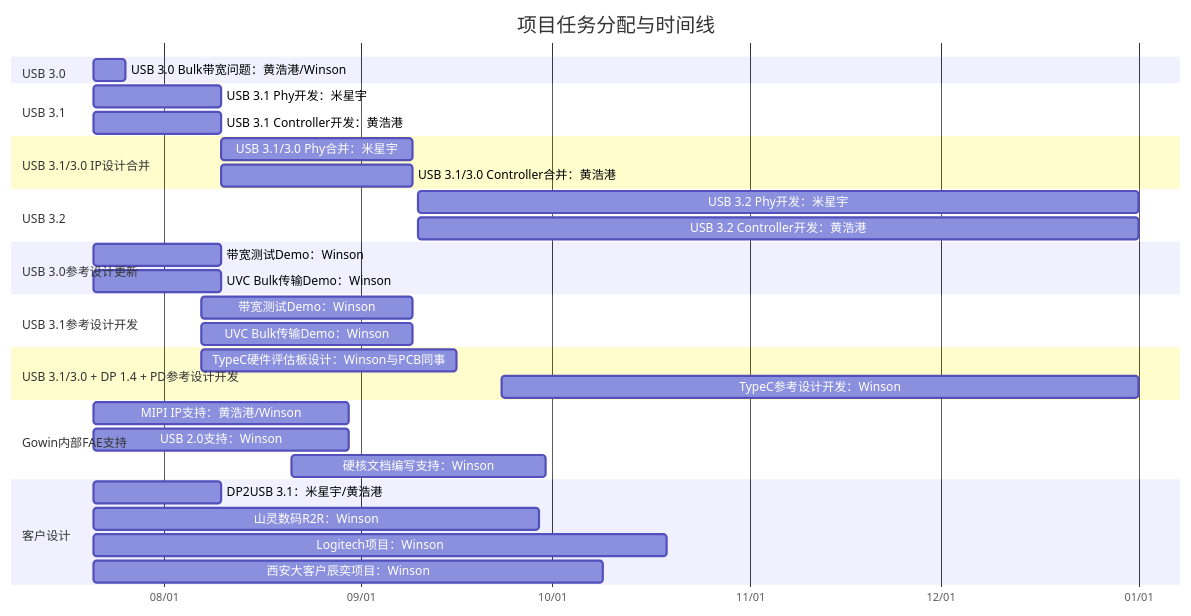
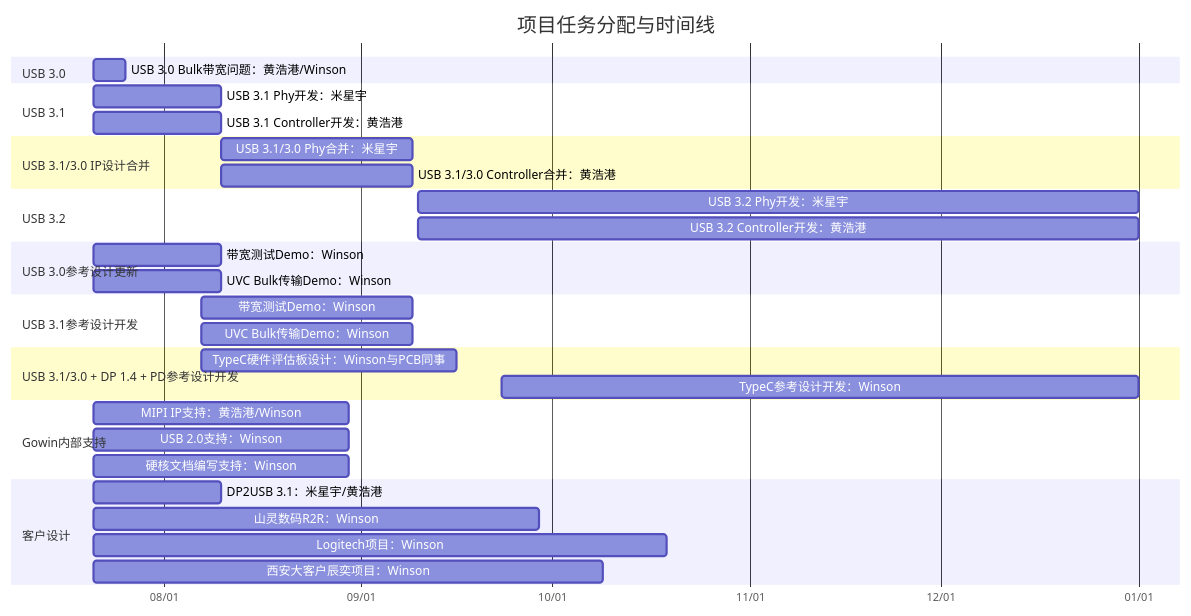
One commit to winsonbook/iodraw-files changed the diagram in all/未命名.md. Above: the diagram before and after it, drawn with Mermaid.

Commit message:
2025-07-21 10:36:25 update

````diff
--- a/all/未命名.md
+++ b/all/未命名.md
@@ -1,44 +1,44 @@
 ```mermaid
 gantt
     title 项目任务分配与时间线
     dateFormat  YYYY-MM-DD
     axisFormat  %m/%d
 
     section USB 3.0
     USB 3.0 Bulk带宽问题：黄浩港/Winson   :    task1, 2025-07-21, 5d
 
     section USB 3.1
     USB 3.1 Phy开发：米星宇      :         task2, 2025-07-21, 20d
     USB 3.1 Controller开发：黄浩港      :  task3, 2025-07-21, 20d
 
     section USB 3.1/3.0 IP设计合并
     USB 3.1/3.0 Phy合并：米星宇       :    task4, 2025-08-10, 30d
     USB 3.1/3.0 Controller合并：黄浩港:    task5, 2025-08-10, 30d
 
     section USB 3.2
     USB 3.2 Phy开发：米星宇      :         task2, 2025-09-10, 113d
     USB 3.2 Controller开发：黄浩港      :  task3, 2025-09-10, 113d
 
     section USB 3.0参考设计更新
     带宽测试Demo：Winson       :         task6, 2025-07-21, 20d
     UVC Bulk传输Demo：Winson   :        task7, 2025-07-21, 20d
 
     section USB 3.1参考设计开发
     带宽测试Demo：Winson       :         task8, 2025-08-07, 33d
     UVC Bulk传输Demo：Winson   :         task9, 2025-08-07, 33d
 
     section USB 3.1/3.0 + DP 1.4 + PD参考设计开发
     TypeC硬件评估板设计：Winson与PCB同事       :         task10, 2025-08-07, 40d
     TypeC参考设计开发：Winson   :         task11, 2025-09-23, 100d
 
-    section Gowin内部FAE支持
+    section Gowin内部支持
     MIPI IP支持：黄浩港/Winson :       task16, 2025-07-21, 40d
     USB 2.0支持：Winson :             task17, 2025-07-21, 40d
-    硬核文档编写支持：Winson :         task18, 2025-08-21, 40d
+    硬核文档编写支持：Winson :         task18, 2025-07-21, 40d
 
     section 客户设计
     DP2USB 3.1：米星宇/黄浩港      :task12, 2025-07-21, 20d
     山灵数码R2R：Winson :             task13, 2025-07-21, 70d
     Logitech项目：Winson :            task14, 2025-07-21, 90d
     西安大客户辰奕项目：Winson :       task15, 2025-07-21, 80d
 ```
````
